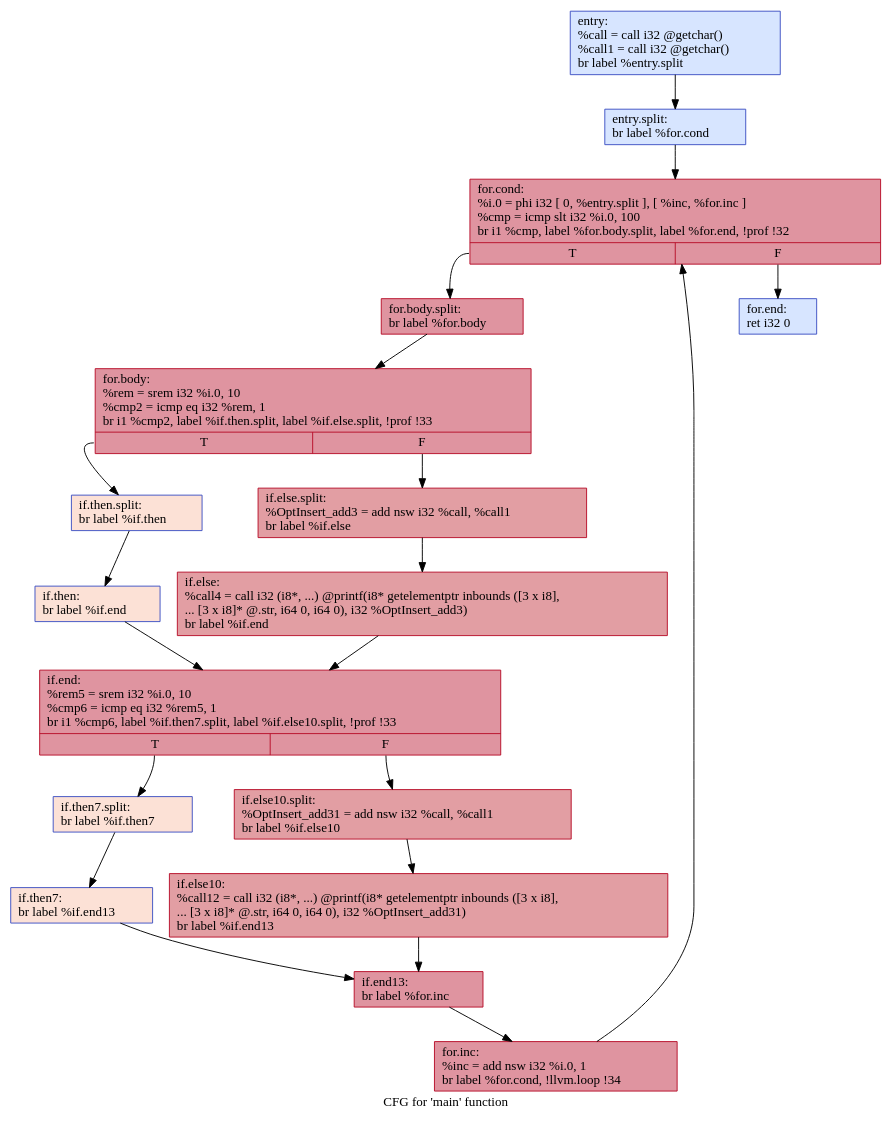
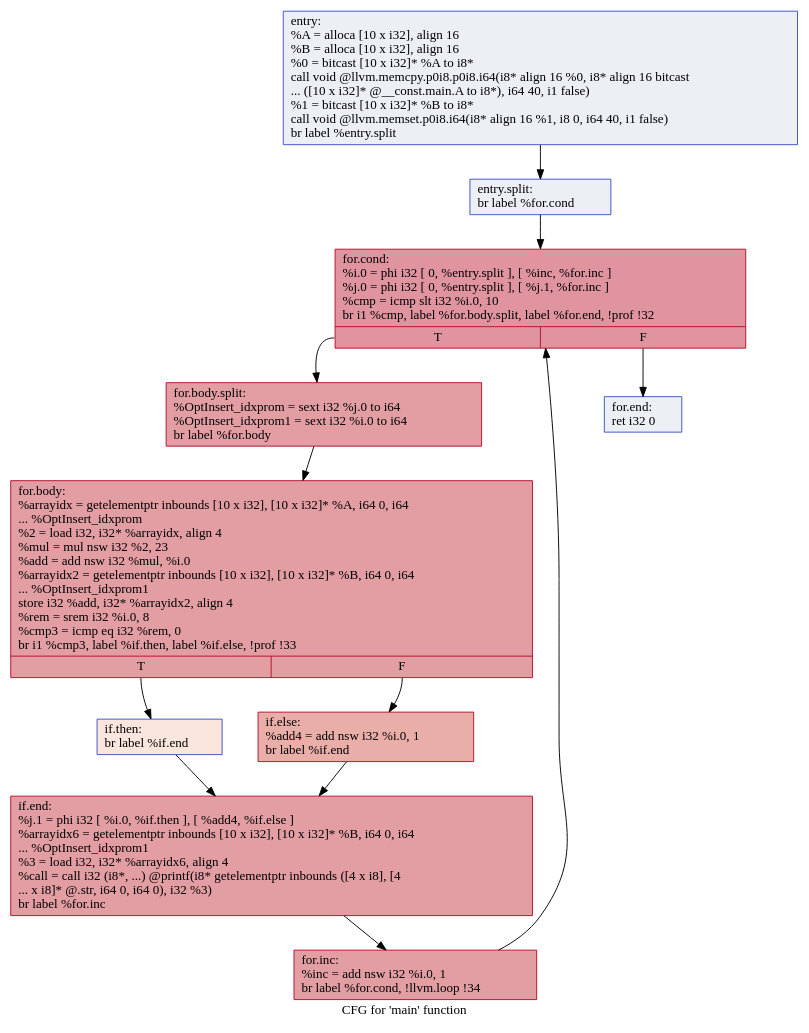
One commit to GGLeod/Speculation-Based-GVNPRE changed the diagram in visual/.main.dot. Above: the diagram before and after it, drawn with Graphviz. The commit also changed 13 other files, not shown here.

```diff
--- a/visual/.main.dot
+++ b/visual/.main.dot
@@ -1,40 +1,25 @@
 digraph "CFG for 'main' function" {
 	label="CFG for 'main' function";
 
-	Node0x56197d416640 [shape=record,color="#3d50c3ff", style=filled, fillcolor="#a5c3fe70",label="{entry:\l  %call = call i32 @getchar()\l  %call1 = call i32 @getchar()\l  br label %entry.split\l}"];
-	Node0x56197d416640 -> Node0x56197d425f80;
-	Node0x56197d425f80 [shape=record,color="#3d50c3ff", style=filled, fillcolor="#a5c3fe70",label="{entry.split:                                      \l  br label %for.cond\l}"];
-	Node0x56197d425f80 -> Node0x56197d425fd0;
-	Node0x56197d425fd0 [shape=record,color="#b70d28ff", style=filled, fillcolor="#b70d2870",label="{for.cond:                                         \l  %i.0 = phi i32 [ 0, %entry.split ], [ %inc, %for.inc ]\l  %cmp = icmp slt i32 %i.0, 100\l  br i1 %cmp, label %for.body.split, label %for.end, !prof !32\l|{<s0>T|<s1>F}}"];
-	Node0x56197d425fd0:s0 -> Node0x56197d426020;
-	Node0x56197d425fd0:s1 -> Node0x56197d426430;
-	Node0x56197d426020 [shape=record,color="#b70d28ff", style=filled, fillcolor="#b70d2870",label="{for.body.split:                                   \l  br label %for.body\l}"];
-	Node0x56197d426020 -> Node0x56197d426070;
-	Node0x56197d426070 [shape=record,color="#b70d28ff", style=filled, fillcolor="#b70d2870",label="{for.body:                                         \l  %rem = srem i32 %i.0, 10\l  %cmp2 = icmp eq i32 %rem, 1\l  br i1 %cmp2, label %if.then.split, label %if.else.split, !prof !33\l|{<s0>T|<s1>F}}"];
-	Node0x56197d426070:s0 -> Node0x56197d4260c0;
-	Node0x56197d426070:s1 -> Node0x56197d426160;
-	Node0x56197d4260c0 [shape=record,color="#3d50c3ff", style=filled, fillcolor="#f7bca170",label="{if.then.split:                                    \l  br label %if.then\l}"];
-	Node0x56197d4260c0 -> Node0x56197d426110;
-	Node0x56197d426110 [shape=record,color="#3d50c3ff", style=filled, fillcolor="#f7bca170",label="{if.then:                                          \l  br label %if.end\l}"];
-	Node0x56197d426110 -> Node0x56197d426200;
-	Node0x56197d426160 [shape=record,color="#b70d28ff", style=filled, fillcolor="#be242e70",label="{if.else.split:                                    \l  %OptInsert_add3 = add nsw i32 %call, %call1\l  br label %if.else\l}"];
-	Node0x56197d426160 -> Node0x56197d4261b0;
-	Node0x56197d4261b0 [shape=record,color="#b70d28ff", style=filled, fillcolor="#be242e70",label="{if.else:                                          \l  %call4 = call i32 (i8*, ...) @printf(i8* getelementptr inbounds ([3 x i8],\l... [3 x i8]* @.str, i64 0, i64 0), i32 %OptInsert_add3)\l  br label %if.end\l}"];
-	Node0x56197d4261b0 -> Node0x56197d426200;
-	Node0x56197d426200 [shape=record,color="#b70d28ff", style=filled, fillcolor="#b70d2870",label="{if.end:                                           \l  %rem5 = srem i32 %i.0, 10\l  %cmp6 = icmp eq i32 %rem5, 1\l  br i1 %cmp6, label %if.then7.split, label %if.else10.split, !prof !33\l|{<s0>T|<s1>F}}"];
-	Node0x56197d426200:s0 -> Node0x56197d426250;
-	Node0x56197d426200:s1 -> Node0x56197d4262f0;
-	Node0x56197d426250 [shape=record,color="#3d50c3ff", style=filled, fillcolor="#f7bca170",label="{if.then7.split:                                   \l  br label %if.then7\l}"];
-	Node0x56197d426250 -> Node0x56197d4262a0;
-	Node0x56197d4262a0 [shape=record,color="#3d50c3ff", style=filled, fillcolor="#f7bca170",label="{if.then7:                                         \l  br label %if.end13\l}"];
-	Node0x56197d4262a0 -> Node0x56197d426390;
-	Node0x56197d4262f0 [shape=record,color="#b70d28ff", style=filled, fillcolor="#be242e70",label="{if.else10.split:                                  \l  %OptInsert_add31 = add nsw i32 %call, %call1\l  br label %if.else10\l}"];
-	Node0x56197d4262f0 -> Node0x56197d426340;
-	Node0x56197d426340 [shape=record,color="#b70d28ff", style=filled, fillcolor="#be242e70",label="{if.else10:                                        \l  %call12 = call i32 (i8*, ...) @printf(i8* getelementptr inbounds ([3 x i8],\l... [3 x i8]* @.str, i64 0, i64 0), i32 %OptInsert_add31)\l  br label %if.end13\l}"];
-	Node0x56197d426340 -> Node0x56197d426390;
-	Node0x56197d426390 [shape=record,color="#b70d28ff", style=filled, fillcolor="#b70d2870",label="{if.end13:                                         \l  br label %for.inc\l}"];
-	Node0x56197d426390 -> Node0x56197d4263e0;
-	Node0x56197d4263e0 [shape=record,color="#b70d28ff", style=filled, fillcolor="#b70d2870",label="{for.inc:                                          \l  %inc = add nsw i32 %i.0, 1\l  br label %for.cond, !llvm.loop !34\l}"];
-	Node0x56197d4263e0 -> Node0x56197d425fd0;
-	Node0x56197d426430 [shape=record,color="#3d50c3ff", style=filled, fillcolor="#a5c3fe70",label="{for.end:                                          \l  ret i32 0\l}"];
+	Node0x559fceb5fc80 [shape=record,color="#3d50c3ff", style=filled, fillcolor="#d4dbe670",label="{entry:\l  %A = alloca [10 x i32], align 16\l  %B = alloca [10 x i32], align 16\l  %0 = bitcast [10 x i32]* %A to i8*\l  call void @llvm.memcpy.p0i8.p0i8.i64(i8* align 16 %0, i8* align 16 bitcast\l... ([10 x i32]* @__const.main.A to i8*), i64 40, i1 false)\l  %1 = bitcast [10 x i32]* %B to i8*\l  call void @llvm.memset.p0i8.i64(i8* align 16 %1, i8 0, i64 40, i1 false)\l  br label %entry.split\l}"];
+	Node0x559fceb5fc80 -> Node0x559fceb6b670;
+	Node0x559fceb6b670 [shape=record,color="#3d50c3ff", style=filled, fillcolor="#d4dbe670",label="{entry.split:                                      \l  br label %for.cond\l}"];
+	Node0x559fceb6b670 -> Node0x559fceb6b6c0;
+	Node0x559fceb6b6c0 [shape=record,color="#b70d28ff", style=filled, fillcolor="#b70d2870",label="{for.cond:                                         \l  %i.0 = phi i32 [ 0, %entry.split ], [ %inc, %for.inc ]\l  %j.0 = phi i32 [ 0, %entry.split ], [ %j.1, %for.inc ]\l  %cmp = icmp slt i32 %i.0, 10\l  br i1 %cmp, label %for.body.split, label %for.end, !prof !32\l|{<s0>T|<s1>F}}"];
+	Node0x559fceb6b6c0:s0 -> Node0x559fceb6b710;
+	Node0x559fceb6b6c0:s1 -> Node0x559fceb6b8f0;
+	Node0x559fceb6b710 [shape=record,color="#b70d28ff", style=filled, fillcolor="#be242e70",label="{for.body.split:                                   \l  %OptInsert_idxprom = sext i32 %j.0 to i64\l  %OptInsert_idxprom1 = sext i32 %i.0 to i64\l  br label %for.body\l}"];
+	Node0x559fceb6b710 -> Node0x559fceb6b760;
+	Node0x559fceb6b760 [shape=record,color="#b70d28ff", style=filled, fillcolor="#be242e70",label="{for.body:                                         \l  %arrayidx = getelementptr inbounds [10 x i32], [10 x i32]* %A, i64 0, i64\l... %OptInsert_idxprom\l  %2 = load i32, i32* %arrayidx, align 4\l  %mul = mul nsw i32 %2, 23\l  %add = add nsw i32 %mul, %i.0\l  %arrayidx2 = getelementptr inbounds [10 x i32], [10 x i32]* %B, i64 0, i64\l... %OptInsert_idxprom1\l  store i32 %add, i32* %arrayidx2, align 4\l  %rem = srem i32 %i.0, 8\l  %cmp3 = icmp eq i32 %rem, 0\l  br i1 %cmp3, label %if.then, label %if.else, !prof !33\l|{<s0>T|<s1>F}}"];
+	Node0x559fceb6b760:s0 -> Node0x559fceb6b7b0;
+	Node0x559fceb6b760:s1 -> Node0x559fceb6b800;
+	Node0x559fceb6b7b0 [shape=record,color="#3d50c3ff", style=filled, fillcolor="#f3c7b170",label="{if.then:                                          \l  br label %if.end\l}"];
+	Node0x559fceb6b7b0 -> Node0x559fceb6b850;
+	Node0x559fceb6b800 [shape=record,color="#b70d28ff", style=filled, fillcolor="#d0473d70",label="{if.else:                                          \l  %add4 = add nsw i32 %i.0, 1\l  br label %if.end\l}"];
+	Node0x559fceb6b800 -> Node0x559fceb6b850;
+	Node0x559fceb6b850 [shape=record,color="#b70d28ff", style=filled, fillcolor="#be242e70",label="{if.end:                                           \l  %j.1 = phi i32 [ %i.0, %if.then ], [ %add4, %if.else ]\l  %arrayidx6 = getelementptr inbounds [10 x i32], [10 x i32]* %B, i64 0, i64\l... %OptInsert_idxprom1\l  %3 = load i32, i32* %arrayidx6, align 4\l  %call = call i32 (i8*, ...) @printf(i8* getelementptr inbounds ([4 x i8], [4\l... x i8]* @.str, i64 0, i64 0), i32 %3)\l  br label %for.inc\l}"];
+	Node0x559fceb6b850 -> Node0x559fceb6b8a0;
+	Node0x559fceb6b8a0 [shape=record,color="#b70d28ff", style=filled, fillcolor="#be242e70",label="{for.inc:                                          \l  %inc = add nsw i32 %i.0, 1\l  br label %for.cond, !llvm.loop !34\l}"];
+	Node0x559fceb6b8a0 -> Node0x559fceb6b6c0;
+	Node0x559fceb6b8f0 [shape=record,color="#3d50c3ff", style=filled, fillcolor="#d4dbe670",label="{for.end:                                          \l  ret i32 0\l}"];
 }
```
